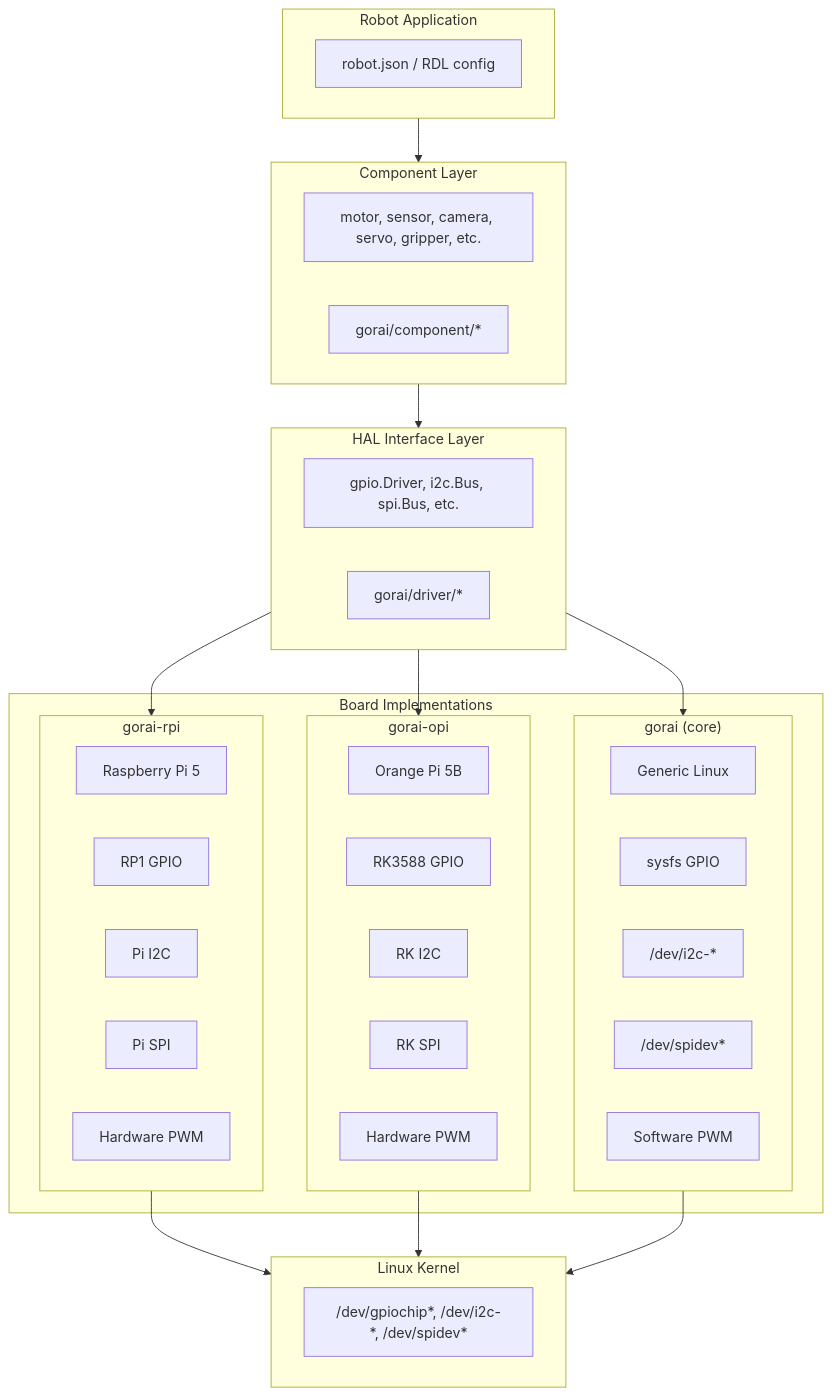
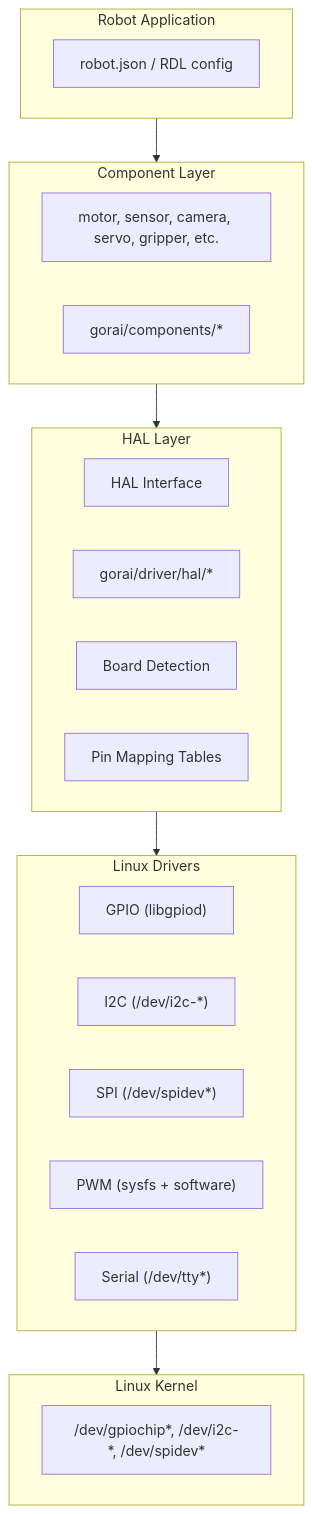
Before and after one commit to emergingrobotics/gorai: the first of 2 diagrams in docs/hardware-abstraction.md, drawn with Mermaid. The commit also changed other lines of this file, not shown here.

````diff
--- a/docs/hardware-abstraction.md
+++ b/docs/hardware-abstraction.md
@@ -42,55 +42,35 @@
 ```mermaid
 flowchart TB
     subgraph app["Robot Application"]
         rdl["robot.json / RDL config"]
     end
 
     subgraph component["Component Layer"]
         comp["motor, sensor, camera, servo, gripper, etc."]
-        compPath["gorai/component/*"]
+        compPath["gorai/components/*"]
     end
 
-    subgraph hal["HAL Interface Layer"]
-        halInt["gpio.Driver, i2c.Bus, spi.Bus, etc."]
-        halPath["gorai/driver/*"]
+    subgraph hal["HAL Layer"]
+        halInt["HAL Interface"]
+        halPath["gorai/driver/hal/*"]
+        detect["Board Detection"]
+        pins["Pin Mapping Tables"]
     end
 
-    subgraph implementations["Board Implementations"]
-        subgraph rpi["gorai-rpi"]
-            rpiBoard["Raspberry Pi 5"]
-            rpiGpio["RP1 GPIO"]
-            rpiI2c["Pi I2C"]
-            rpiSpi["Pi SPI"]
-            rpiPwm["Hardware PWM"]
-        end
-
-        subgraph opi["gorai-opi"]
-            opiBoard["Orange Pi 5B"]
-            opiGpio["RK3588 GPIO"]
-            opiI2c["RK I2C"]
-            opiSpi["RK SPI"]
-            opiPwm["Hardware PWM"]
-        end
-
-        subgraph core["gorai (core)"]
-            coreBoard["Generic Linux"]
-            coreGpio["sysfs GPIO"]
-            coreI2c["/dev/i2c-*"]
-            coreSpi["/dev/spidev*"]
-            corePwm["Software PWM"]
-        end
+    subgraph drivers["Linux Drivers"]
+        gpioD["GPIO (libgpiod)"]
+        i2cD["I2C (/dev/i2c-*)"]
+        spiD["SPI (/dev/spidev*)"]
+        pwmD["PWM (sysfs + software)"]
+        serialD["Serial (/dev/tty*)"]
     end
 
     subgraph kernel["Linux Kernel"]
         devices["/dev/gpiochip*, /dev/i2c-*, /dev/spidev*"]
     end
 
     app --> component
     component --> hal
-    hal --> rpi
-    hal --> opi
-    hal --> core
-    rpi --> kernel
-    opi --> kernel
-    core --> kernel
+    hal --> drivers
+    drivers --> kernel
 ```
````
